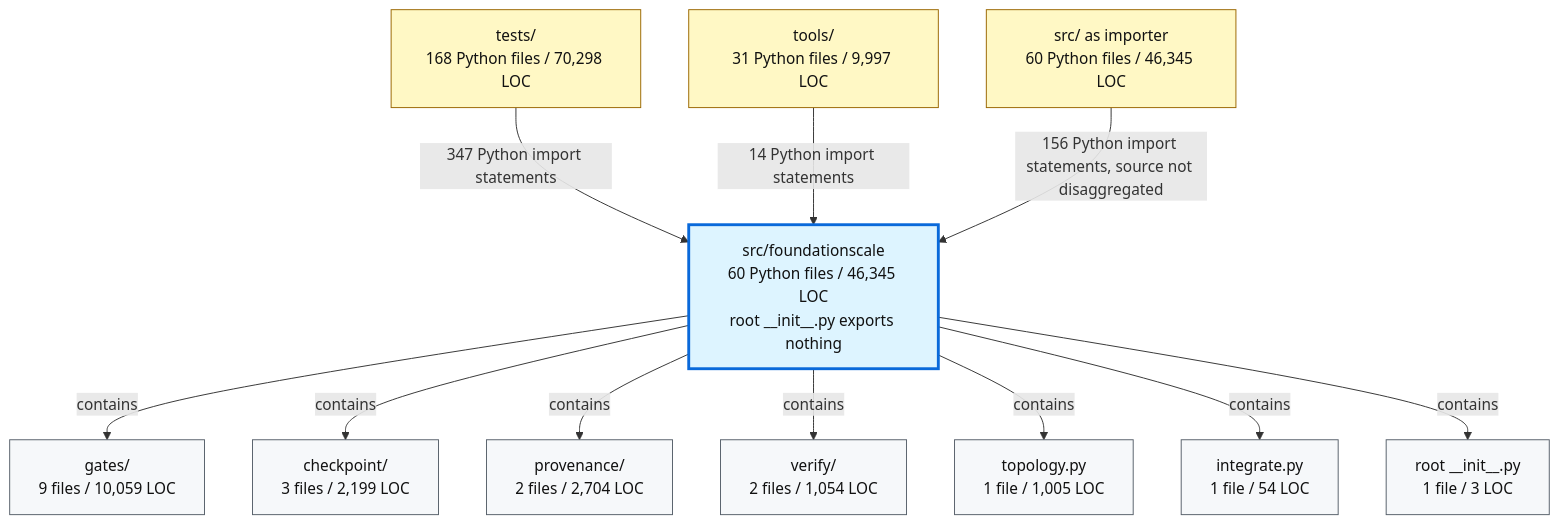
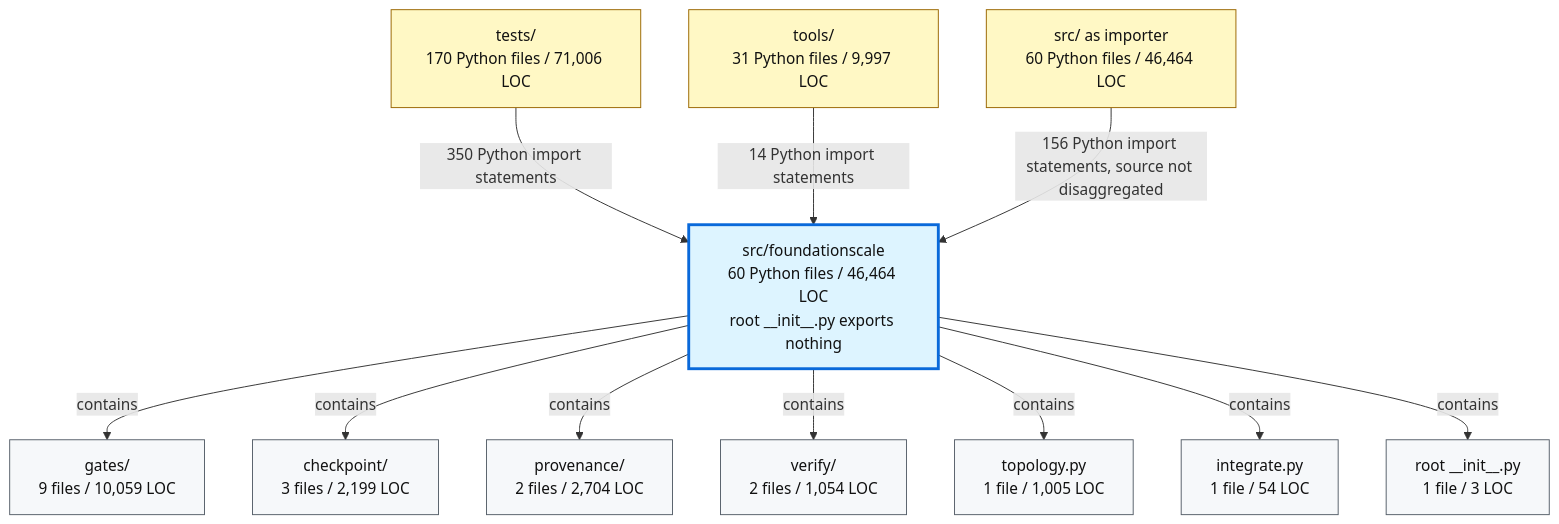
The second of 2 diagrams in docs/review/D2_current_architecture.md (TranNhiem/FoundationScale), drawn with Mermaid before and after one commit. The commit also changed other lines of this file and 16 other files, not shown here.

````diff
--- a/docs/review/D2_current_architecture.md
+++ b/docs/review/D2_current_architecture.md
@@ -97,36 +97,36 @@
 ```mermaid
 flowchart TB
-  TESTS["tests/<br/>168 Python files / 70,298 LOC"]
+  TESTS["tests/<br/>170 Python files / 71,006 LOC"]
   TOOLS["tools/<br/>31 Python files / 9,997 LOC"]
-  SRC["src/ as importer<br/>60 Python files / 46,345 LOC"]
+  SRC["src/ as importer<br/>60 Python files / 46,464 LOC"]
 
-  FS["src/foundationscale<br/>60 Python files / 46,345 LOC<br/>root __init__.py exports nothing"]
+  FS["src/foundationscale<br/>60 Python files / 46,464 LOC<br/>root __init__.py exports nothing"]
 
   GATES["gates/<br/>9 files / 10,059 LOC"]
   CKPT["checkpoint/<br/>3 files / 2,199 LOC"]
   PROV["provenance/<br/>2 files / 2,704 LOC"]
   VERIFY["verify/<br/>2 files / 1,054 LOC"]
   TOPO["topology.py<br/>1 file / 1,005 LOC"]
   INTEG["integrate.py<br/>1 file / 54 LOC"]
   ROOT["root __init__.py<br/>1 file / 3 LOC"]
 
-  TESTS -->|"347 Python import statements"| FS
+  TESTS -->|"350 Python import statements"| FS
   TOOLS -->|"14 Python import statements"| FS
   SRC -->|"156 Python import statements, source not disaggregated"| FS
 
   FS -->|"contains"| GATES
   FS -->|"contains"| CKPT
   FS -->|"contains"| PROV
   FS -->|"contains"| VERIFY
   FS -->|"contains"| TOPO
   FS -->|"contains"| INTEG
   FS -->|"contains"| ROOT
 
   classDef consumer fill:#fff8c5,stroke:#9a6700,color:#111;
   classDef package fill:#ddf4ff,stroke:#0969da,stroke-width:3px,color:#111;
   classDef module fill:#f6f8fa,stroke:#57606a,color:#111;
 
   class TESTS,TOOLS,SRC consumer;
   class FS package;
   class GATES,CKPT,PROV,VERIFY,TOPO,INTEG,ROOT module;
 ```
````
